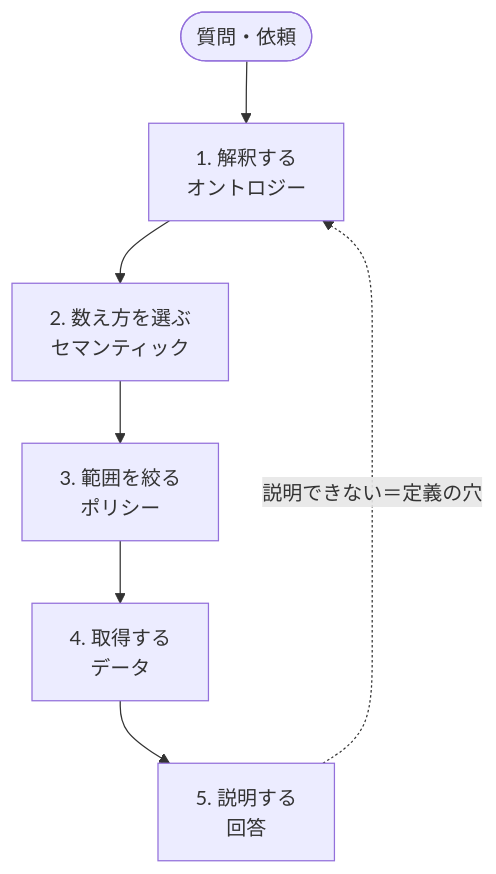
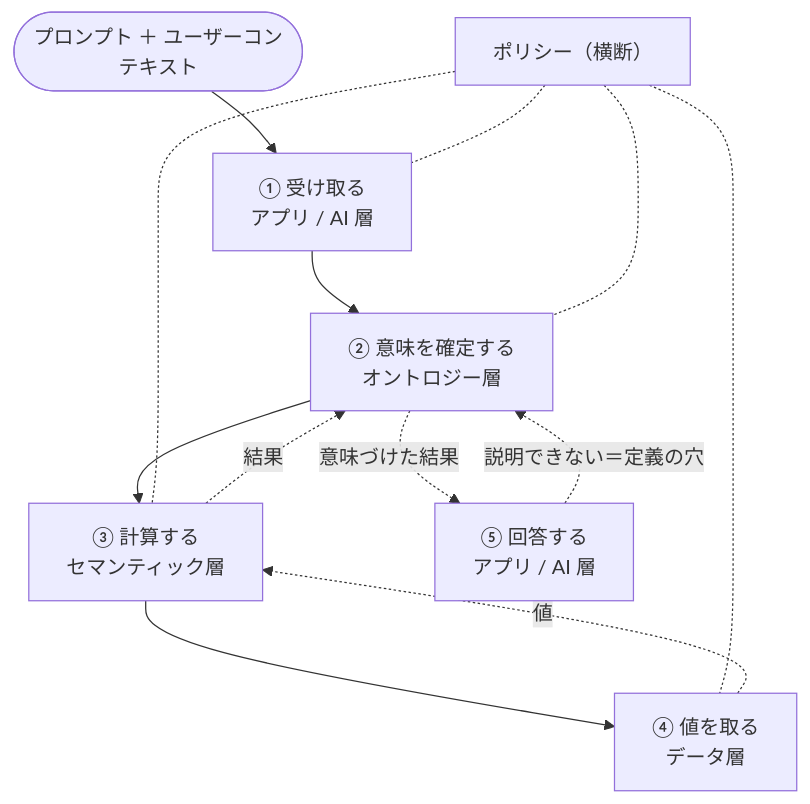
The first of 2 diagrams in framework/ja/07_ai-processing-flow.md (keito118/ai-ready-requirements), drawn with Mermaid before and after one commit. The commit also changed other lines of this file and 16 other files, not shown here.

````diff
--- a/framework/ja/07_ai-processing-flow.md
+++ b/framework/ja/07_ai-processing-flow.md
@@ -7,9 +7,13 @@
 ```mermaid
 flowchart TB
-  Q([質問・依頼]) --> I["1. 解釈する<br/>オントロジー"]
-  I --> S["2. 数え方を選ぶ<br/>セマンティック"]
-  S --> P["3. 範囲を絞る<br/>ポリシー"]
-  P --> D["4. 取得する<br/>データ"]
-  D --> A["5. 説明する<br/>回答"]
-  A -. 説明できない＝定義の穴 .-> I
+  Q([プロンプト ＋ ユーザーコンテキスト]) --> A1["① 受け取る<br/>アプリ / AI 層"]
+  A1 --> O["② 意味を確定する<br/>オントロジー層"]
+  O --> S["③ 計算する<br/>セマンティック層"]
+  S --> D["④ 値を取る<br/>データ層"]
+  D -. 値 .-> S -. 結果 .-> O -. 意味づけた結果 .-> A2["⑤ 回答する<br/>アプリ / AI 層"]
+  A2 -. 説明できない＝定義の穴 .-> O
+  P["ポリシー（横断）"] -.- A1
+  P -.- O
+  P -.- S
+  P -.- D
 ```
````
